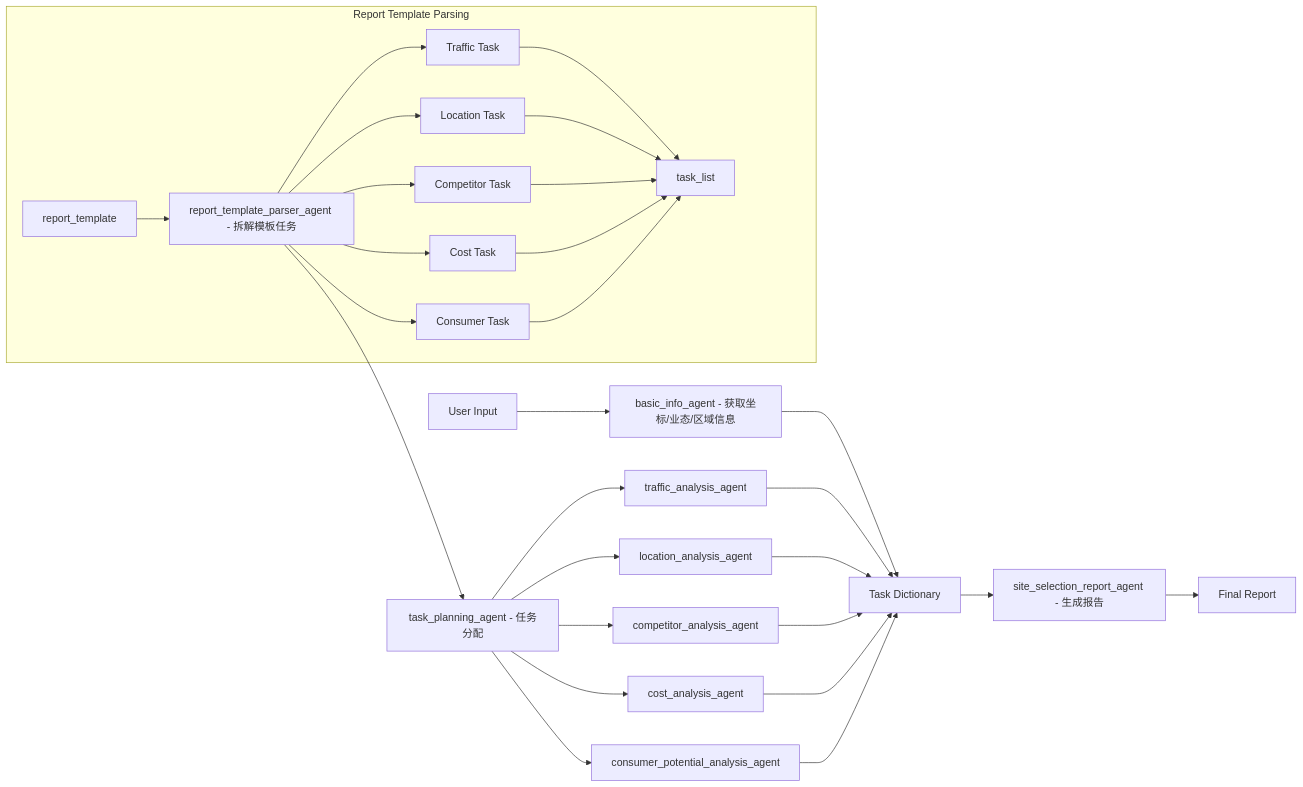
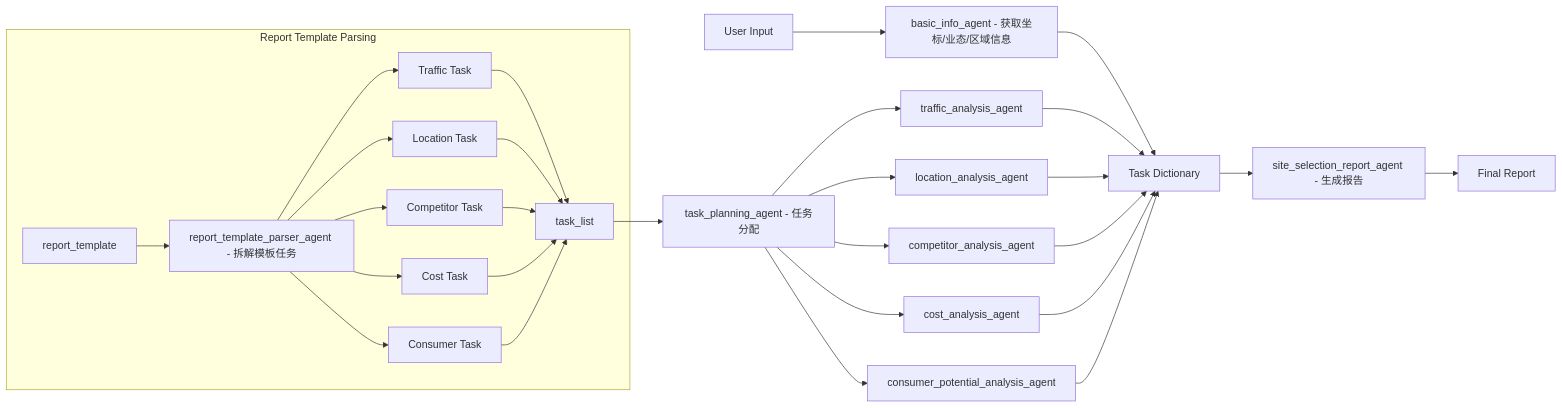
Before and after one commit to SLYASINLK/auto_report_generation: the diagram in README.md, drawn with Mermaid. The commit also changed other lines of this file, not shown here.

````diff
--- a/README.md
+++ b/README.md
@@ -12,35 +12,36 @@
 ```mermaid
 graph LR
     A[User Input] --> B[basic_info_agent - 获取坐标/业态/区域信息]
     B --> C[Task Dictionary]
 
     subgraph Report Template Parsing
         D1[report_template] --> D2[report_template_parser_agent - 拆解模板任务]
         D2 --> E1[Traffic Task]
         D2 --> E2[Location Task]
         D2 --> E3[Competitor Task]
         D2 --> E4[Cost Task]
         D2 --> E5[Consumer Task]
         E1 --> E6[task_list]
         E2 --> E6
         E3 --> E6
         E4 --> E6
         E5 --> E6
     end
 
-    D2 --> F[task_planning_agent - 任务分配]
+    E6 --> F[task_planning_agent - 任务分配]
+
     F --> G1[traffic_analysis_agent]
     F --> G2[location_analysis_agent]
     F --> G3[competitor_analysis_agent]
     F --> G4[cost_analysis_agent]
     F --> G5[consumer_potential_analysis_agent]
 
     G1 --> C
     G2 --> C
     G3 --> C
     G4 --> C
     G5 --> C
 
     C --> H[site_selection_report_agent - 生成报告]
     H --> I[Final Report]
 ```
````
